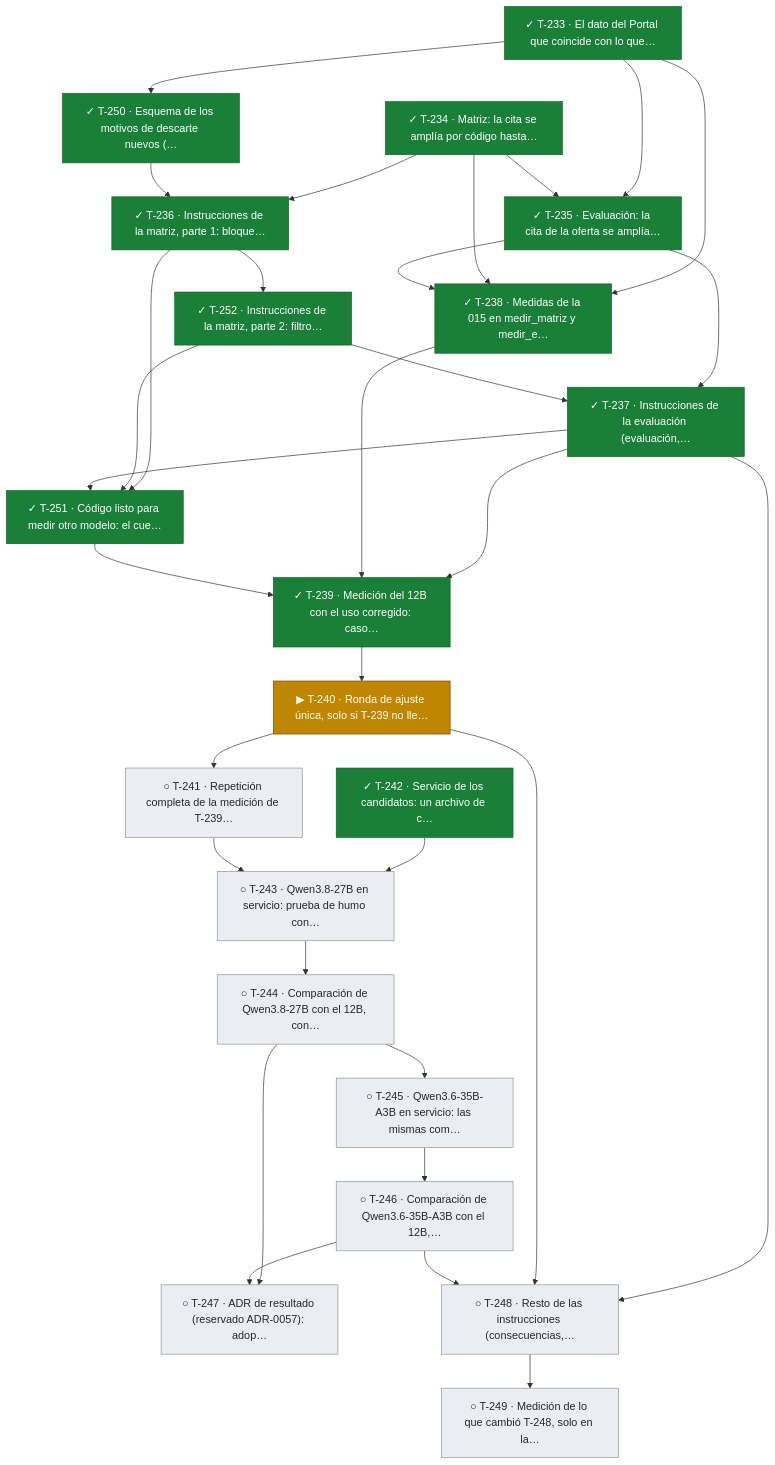
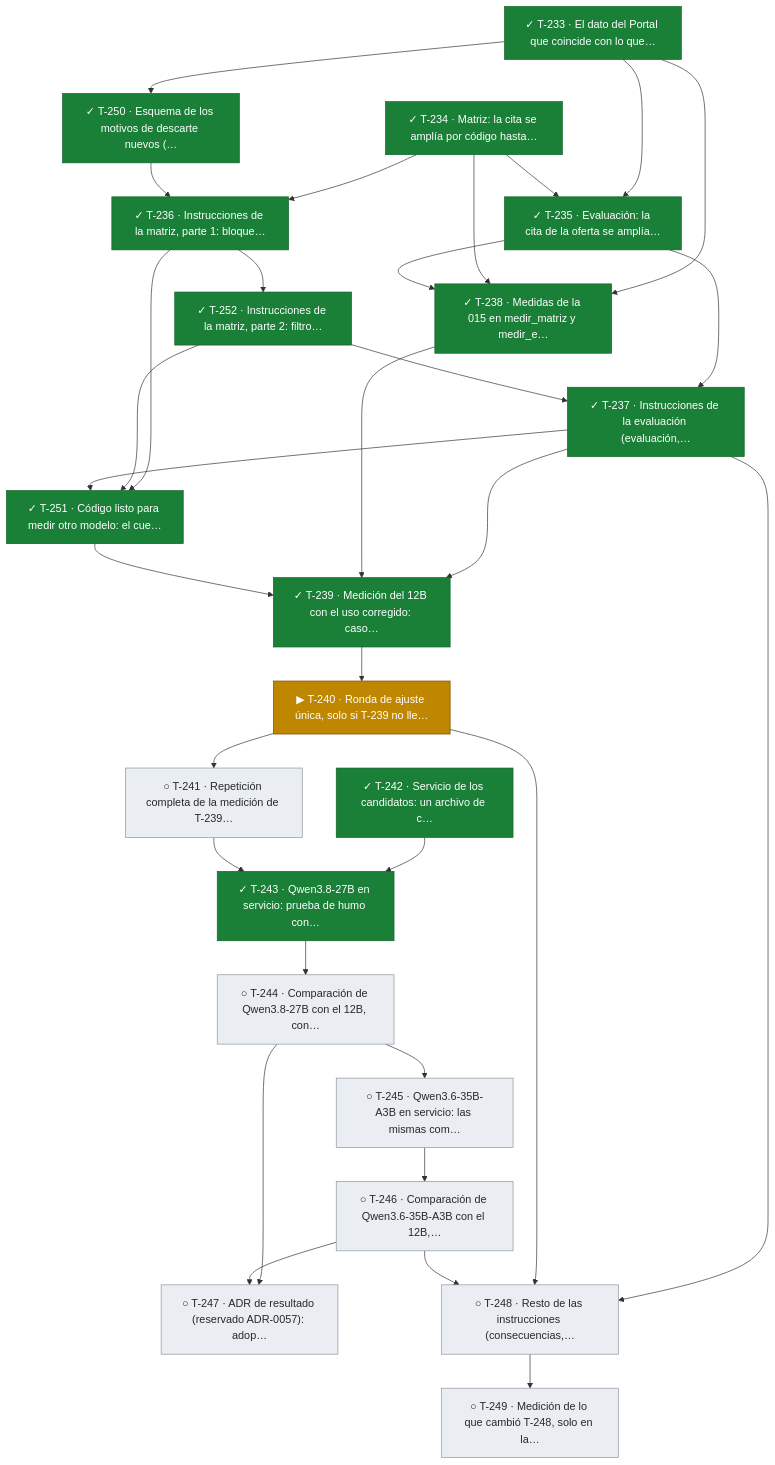
Diagram 17 of 17 in docs/tablero.md (snavello/EVALUON), drawn with Mermaid before and after one commit. The commit also changed other lines of this file and 3 other files, not shown here.

Commit message:
gestión: T-243 (Qwen3.8-27B en servicio) terminada y tope de 22 GB y 90 minutos para adoptar un modelo (decisión del 2026-10-11)

````diff
--- a/docs/tablero.md
+++ b/docs/tablero.md
@@ -1320,58 +1320,58 @@
 ```mermaid
 flowchart TD
   T233["✓ T-233 · El dato del Portal que coincide con lo que…"]:::done
   T234["✓ T-234 · Matriz: la cita se amplía por código hasta…"]:::done
   T250["✓ T-250 · Esquema de los motivos de descarte nuevos (…"]:::done
   T235["✓ T-235 · Evaluación: la cita de la oferta se amplía…"]:::done
   T236["✓ T-236 · Instrucciones de la matriz, parte 1: bloque…"]:::done
   T252["✓ T-252 · Instrucciones de la matriz, parte 2: filtro…"]:::done
   T237["✓ T-237 · Instrucciones de la evaluación (evaluación,…"]:::done
   T251["✓ T-251 · Código listo para medir otro modelo: el cue…"]:::done
   T238["✓ T-238 · Medidas de la 015 en medir_matriz y medir_e…"]:::done
   T239["✓ T-239 · Medición del 12B con el uso corregido: caso…"]:::done
   T240["▶ T-240 · Ronda de ajuste única, solo si T-239 no lle…"]:::active
   T241["○ T-241 · Repetición completa de la medición de T-239…"]:::todo
   T242["✓ T-242 · Servicio de los candidatos: un archivo de c…"]:::done
-  T243["○ T-243 · Qwen3.8-27B en servicio: prueba de humo con…"]:::todo
+  T243["✓ T-243 · Qwen3.8-27B en servicio: prueba de humo con…"]:::done
   T244["○ T-244 · Comparación de Qwen3.8-27B con el 12B, con…"]:::todo
   T245["○ T-245 · Qwen3.6-35B-A3B en servicio: las mismas com…"]:::todo
   T246["○ T-246 · Comparación de Qwen3.6-35B-A3B con el 12B,…"]:::todo
   T247["○ T-247 · ADR de resultado (reservado ADR-0057): adop…"]:::todo
   T248["○ T-248 · Resto de las instrucciones (consecuencias,…"]:::todo
   T249["○ T-249 · Medición de lo que cambió T-248, solo en la…"]:::todo
   T233 --> T250
   T233 --> T235
   T234 --> T235
   T234 --> T236
   T250 --> T236
   T236 --> T252
   T235 --> T237
   T252 --> T237
   T236 --> T251
   T252 --> T251
   T237 --> T251
   T233 --> T238
   T234 --> T238
   T235 --> T238
   T237 --> T239
   T238 --> T239
   T251 --> T239
   T239 --> T240
   T240 --> T241
   T242 --> T243
   T241 --> T243
   T243 --> T244
   T244 --> T245
   T245 --> T246
   T244 --> T247
   T246 --> T247
   T237 --> T248
   T240 --> T248
   T246 --> T248
   T248 --> T249
   classDef done fill:#1a7f37,stroke:#116329,color:#ffffff
   classDef review fill:#0969da,stroke:#0550ae,color:#ffffff
   classDef active fill:#bf8700,stroke:#7d4e00,color:#ffffff
   classDef blocked fill:#cf222e,stroke:#a40e26,color:#ffffff
   classDef todo fill:#eaeef2,stroke:#8c959f,color:#24292f
 ```
````
